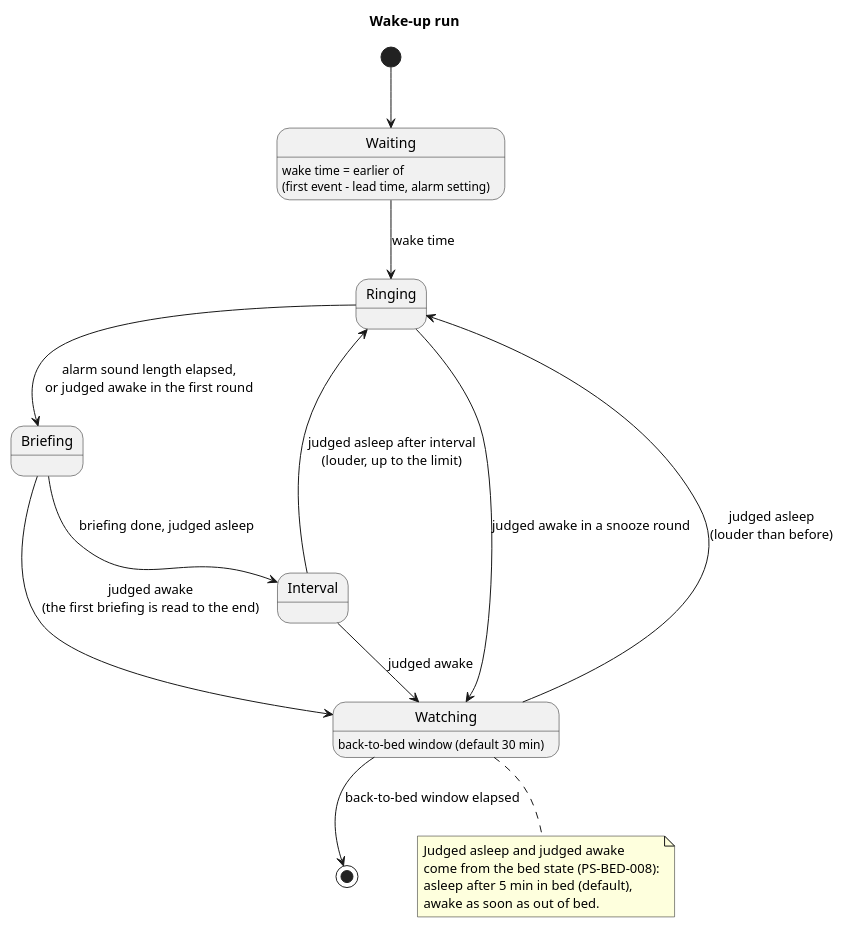
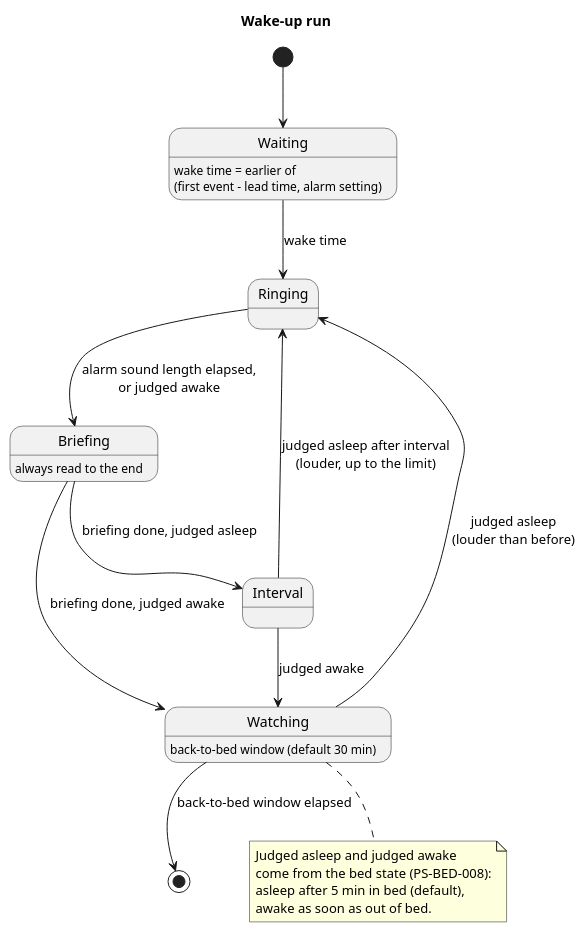
The diagram in docs/ja/requirements/alarm/overview.puml (cloveclovedev/press-start), drawn with PlantUML before and after one commit. The commit also changed 2 other files, not shown here.

Commit message:
docs(requirements): always read each briefing to the end instead of special-casing the first round
Claude-Session: https://claude.ai/code/session_01TFZkofXaDzgbSPfhvi1zni

```diff
--- a/docs/ja/requirements/alarm/overview.puml
+++ b/docs/ja/requirements/alarm/overview.puml
@@ -1,24 +1,24 @@
 @startuml overview
 title Wake-up run
 skinparam shadowing false
 
 [*] --> Waiting
 Waiting : wake time = earlier of\n(first event - lead time, alarm setting)
 Waiting --> Ringing : wake time
-Ringing --> Briefing : alarm sound length elapsed,\nor judged awake in the first round
+Ringing --> Briefing : alarm sound length elapsed,\nor judged awake
+Briefing : always read to the end
 Briefing --> Interval : briefing done, judged asleep
+Briefing --> Watching : briefing done, judged awake
 Interval --> Ringing : judged asleep after interval\n(louder, up to the limit)
-Briefing --> Watching : judged awake\n(the first briefing is read to the end)
-Ringing --> Watching : judged awake in a snooze round
 Interval --> Watching : judged awake
 Watching : back-to-bed window (default 30 min)
 Watching --> Ringing : judged asleep\n(louder than before)
 Watching --> [*] : back-to-bed window elapsed
 
 note bottom of Watching
   Judged asleep and judged awake
   come from the bed state (PS-BED-008):
   asleep after 5 min in bed (default),
   awake as soon as out of bed.
 end note
 @enduml
```
